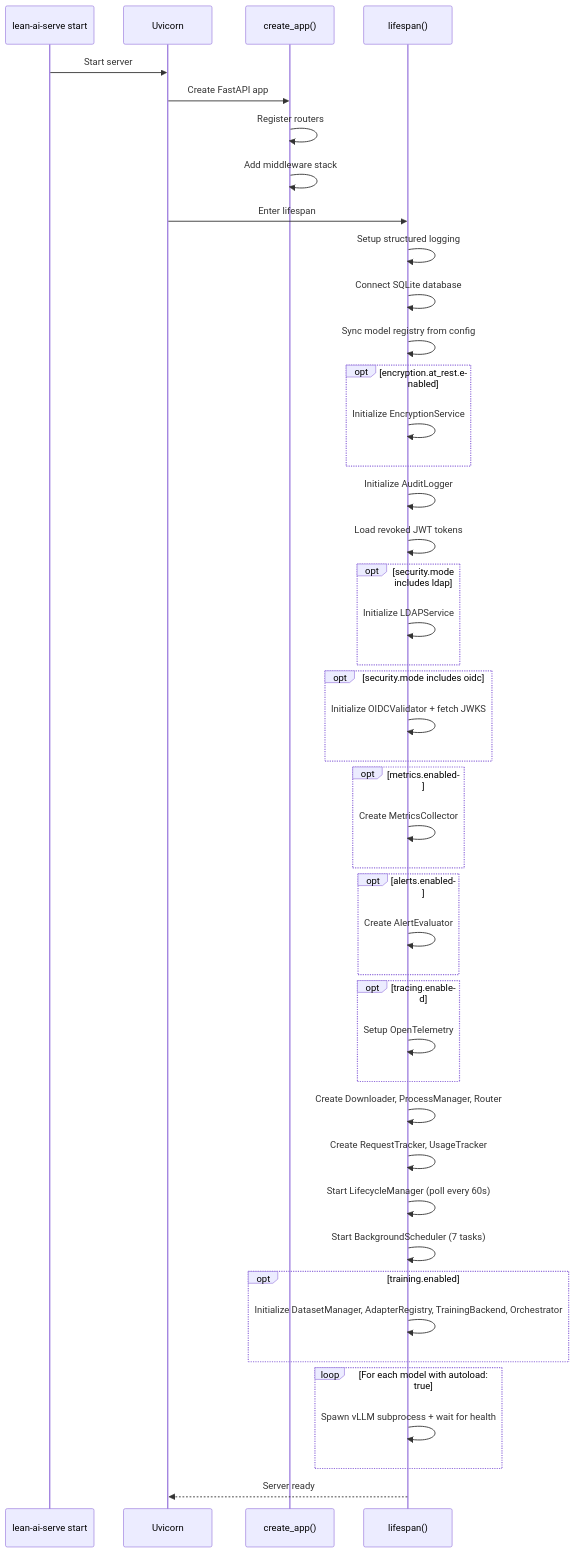
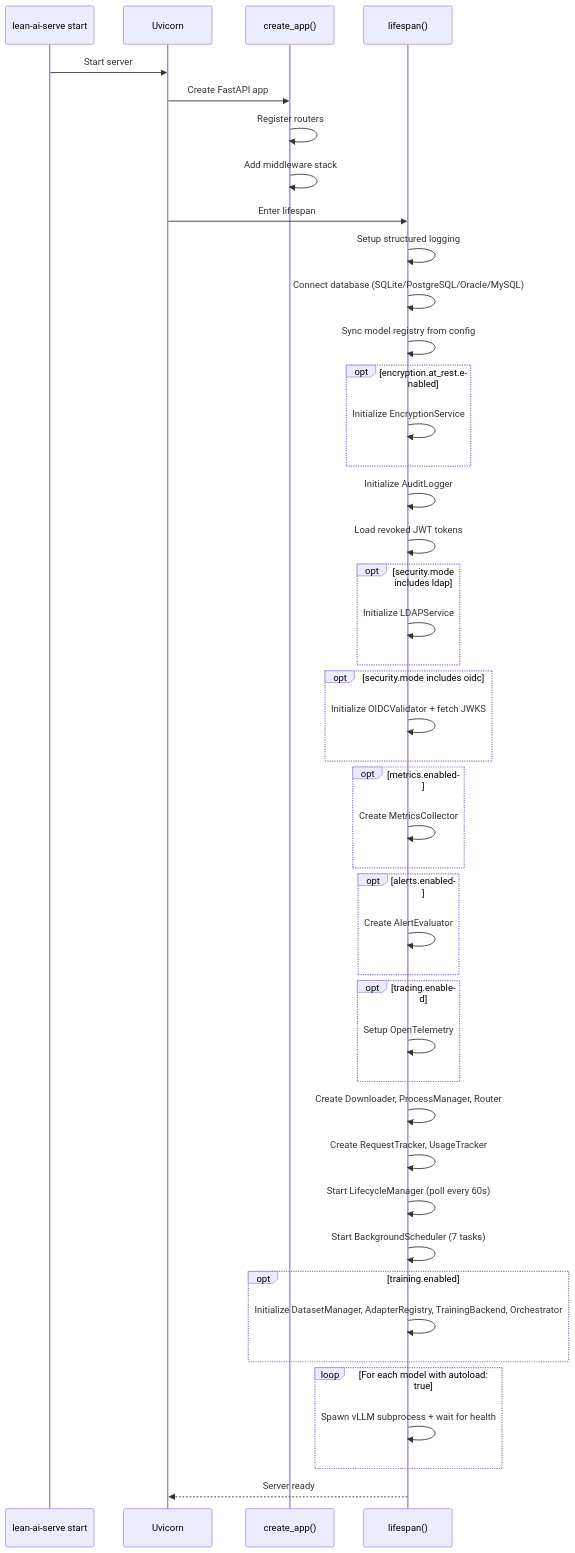
One commit to shunobies/lean-ai-serve changed the sixth of 6 diagrams in docs/architecture.md. Above: the diagram before and after it, drawn with Mermaid. The commit also changed other lines of this file and 23 other files, not shown here.

First line of the commit message:
Add pluggable database backend support (SQLite, PostgreSQL, Oracle, MySQL)

````diff
--- a/docs/architecture.md
+++ b/docs/architecture.md
@@ -239,59 +239,59 @@
 ```mermaid
 sequenceDiagram
     participant CLI as lean-ai-serve start
     participant UV as Uvicorn
     participant APP as create_app()
     participant LS as lifespan()
 
     CLI->>UV: Start server
     UV->>APP: Create FastAPI app
     APP->>APP: Register routers
     APP->>APP: Add middleware stack
     UV->>LS: Enter lifespan
 
     LS->>LS: Setup structured logging
-    LS->>LS: Connect SQLite database
+    LS->>LS: Connect database (SQLite/PostgreSQL/Oracle/MySQL)
     LS->>LS: Sync model registry from config
 
     opt encryption.at_rest.enabled
         LS->>LS: Initialize EncryptionService
     end
 
     LS->>LS: Initialize AuditLogger
     LS->>LS: Load revoked JWT tokens
 
     opt security.mode includes ldap
         LS->>LS: Initialize LDAPService
     end
 
     opt security.mode includes oidc
         LS->>LS: Initialize OIDCValidator + fetch JWKS
     end
 
     opt metrics.enabled
         LS->>LS: Create MetricsCollector
     end
 
     opt alerts.enabled
         LS->>LS: Create AlertEvaluator
     end
 
     opt tracing.enabled
         LS->>LS: Setup OpenTelemetry
     end
 
     LS->>LS: Create Downloader, ProcessManager, Router
     LS->>LS: Create RequestTracker, UsageTracker
     LS->>LS: Start LifecycleManager (poll every 60s)
     LS->>LS: Start BackgroundScheduler (7 tasks)
 
     opt training.enabled
         LS->>LS: Initialize DatasetManager, AdapterRegistry, TrainingBackend, Orchestrator
     end
 
     loop For each model with autoload: true
         LS->>LS: Spawn vLLM subprocess + wait for health
     end
 
     LS-->>UV: Server ready
 ```
````
